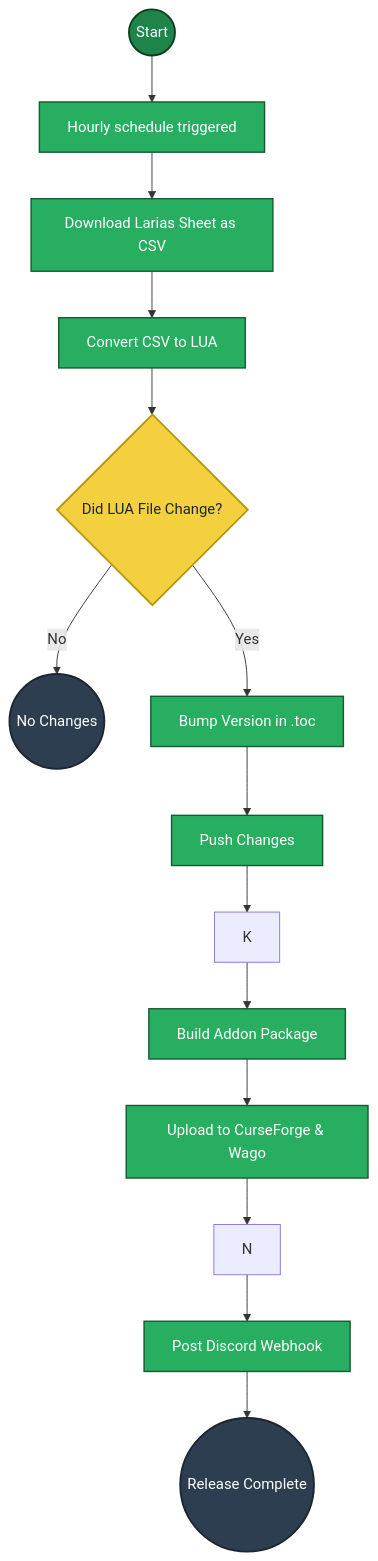
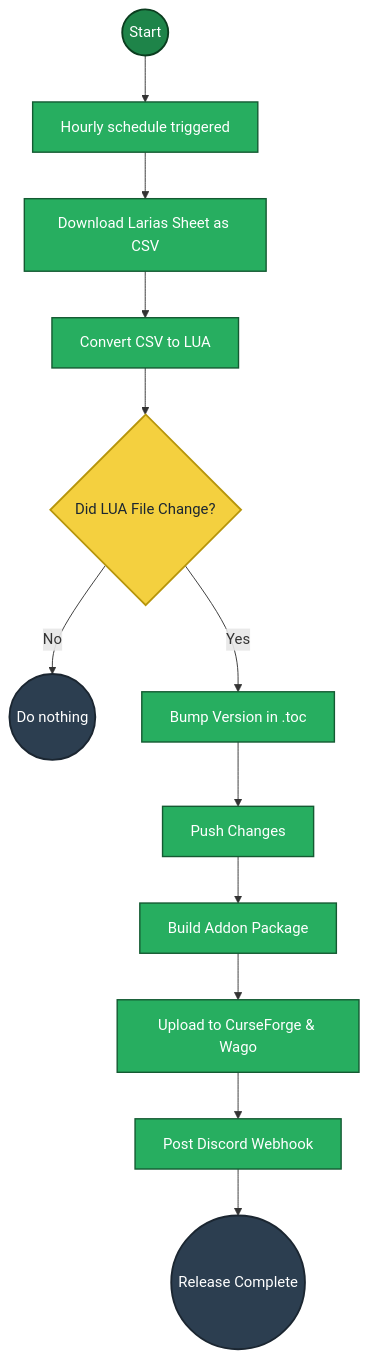
Before and after one commit to Devbezos/Larias-Weekly-Checklist: the diagram in README.md, drawn with Mermaid.

````diff
--- a/README.md
+++ b/README.md
@@ -1,28 +1,28 @@
 ```mermaid
 flowchart TD
 
     A((Start)):::start
     B[Hourly schedule triggered]:::process
     E[Download Larias Sheet as CSV]:::process
     F[Convert CSV to LUA]:::process
     G{Did LUA File Change?}:::decision
 
-    H((No Changes)):::finish
+    H((Do nothing)):::finish
     I[Bump Version in .toc]:::process
     J[Push Changes]:::process
     L[Build Addon Package]:::process
     M[Upload to CurseForge & Wago]:::process
     O[Post Discord Webhook]:::process
     P((Release Complete)):::finish
 
     A --> B --> E --> F --> G
     G -- No --> H
-    G -- Yes --> I --> J --> K --> L --> M --> N --> O --> P
+    G -- Yes --> I --> J --> L --> M --> O --> P
 
 classDef start fill:#1E8449,color:#FFFFFF,stroke:#0B3D1F,stroke-width:2px;
 classDef process fill:#27AE60,color:#FFFFFF,stroke:#145A32,stroke-width:1.5px;
 classDef decision fill:#F4D03F,color:#1B2631,stroke:#B7950B,stroke-width:2px;
 classDef finish fill:#2C3E50,color:#FFFFFF,stroke:#1B2631,stroke-width:2px;
 
 
 ```
````
